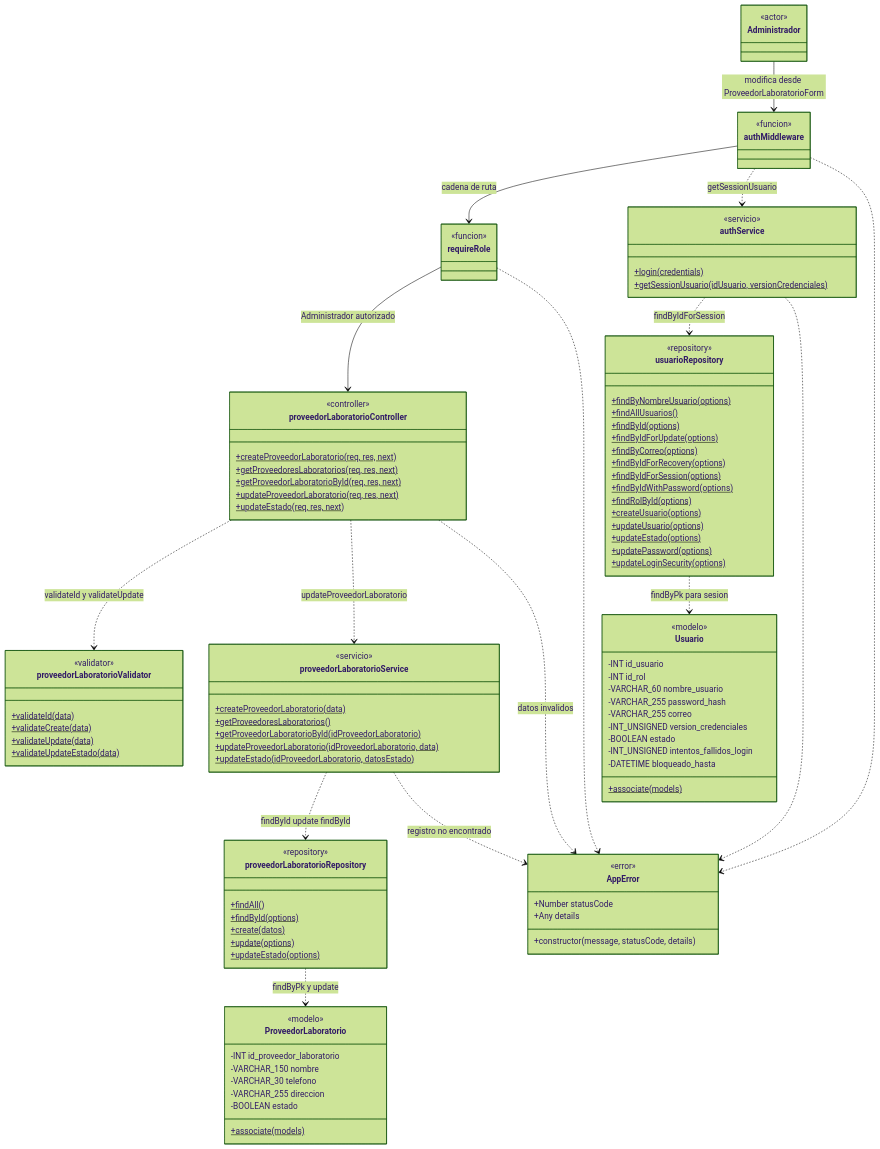
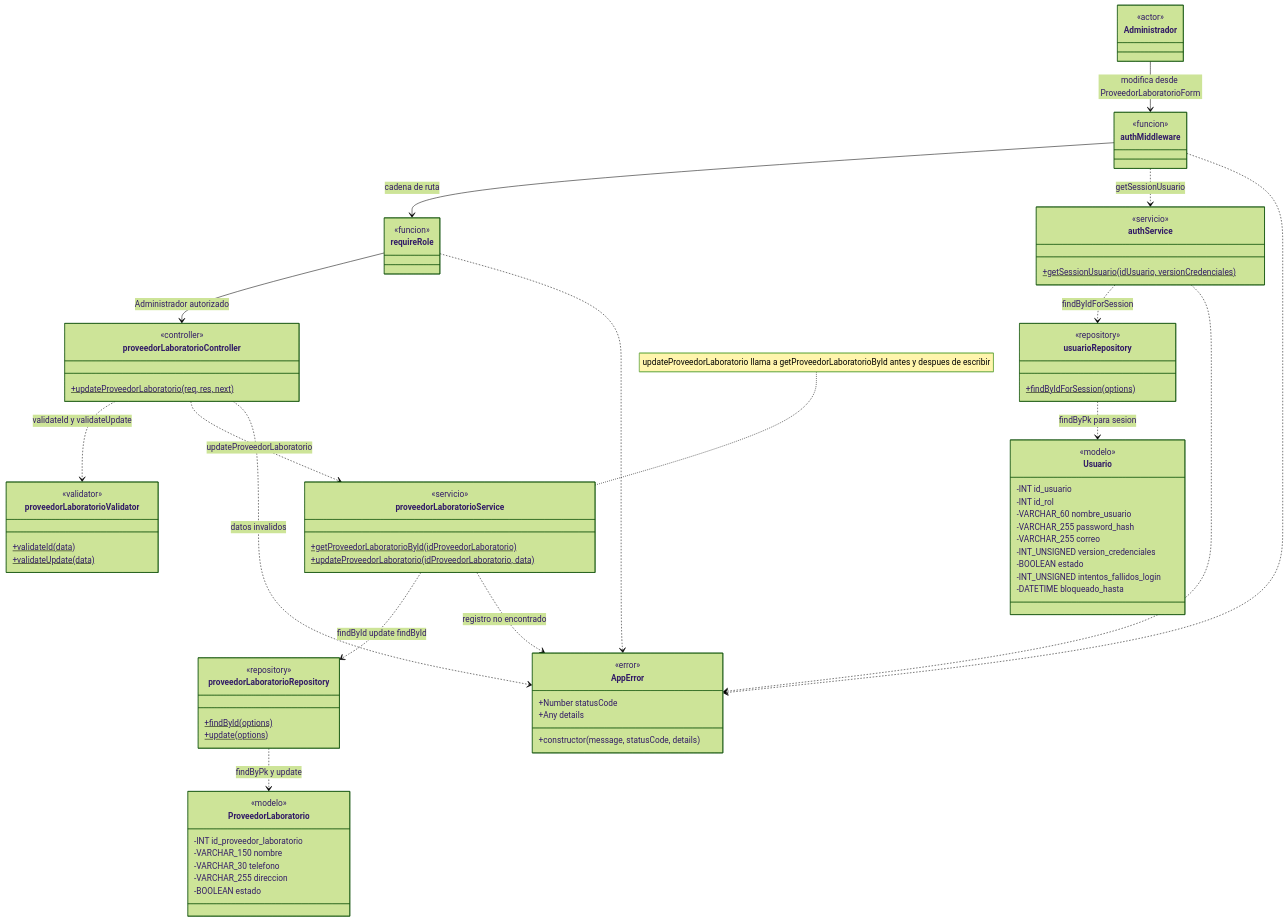
Before and after one commit to CreepyBowDev/cadefar-inventory-system: diagram 13 of 34 in docs/ai/analisis-clase.md, drawn with Mermaid (forest theme). The commit also changed other lines of this file, not shown here.

````diff
--- a/docs/ai/analisis-clase.md
+++ b/docs/ai/analisis-clase.md
@@ -1704,34 +1492,22 @@
     class requireRole { <<funcion>> }
     class proveedorLaboratorioController {
         <<controller>>
-        +createProveedorLaboratorio(req, res, next)$
-        +getProveedoresLaboratorios(req, res, next)$
-        +getProveedorLaboratorioById(req, res, next)$
         +updateProveedorLaboratorio(req, res, next)$
-        +updateEstado(req, res, next)$
     }
     class proveedorLaboratorioValidator {
         <<validator>>
         +validateId(data)$
-        +validateCreate(data)$
         +validateUpdate(data)$
-        +validateUpdateEstado(data)$
     }
     class proveedorLaboratorioService {
         <<servicio>>
-        +createProveedorLaboratorio(data)$
-        +getProveedoresLaboratorios()$
         +getProveedorLaboratorioById(idProveedorLaboratorio)$
         +updateProveedorLaboratorio(idProveedorLaboratorio, data)$
-        +updateEstado(idProveedorLaboratorio, datosEstado)$
     }
     class proveedorLaboratorioRepository {
         <<repository>>
-        +findAll()$
         +findById(options)$
-        +create(datos)$
         +update(options)$
-        +updateEstado(options)$
     }
     class ProveedorLaboratorio {
         <<modelo>>
@@ -1740,29 +1516,14 @@
         -VARCHAR_30 telefono
         -VARCHAR_255 direccion
         -BOOLEAN estado
-        +associate(models)$
     }
     class authService {
         <<servicio>>
-        +login(credentials)$
         +getSessionUsuario(idUsuario, versionCredenciales)$
     }
     class usuarioRepository {
         <<repository>>
-        +findByNombreUsuario(options)$
-        +findAllUsuarios()$
-        +findById(options)$
-        +findByIdForUpdate(options)$
-        +findByCorreo(options)$
-        +findByIdForRecovery(options)$
         +findByIdForSession(options)$
-        +findByIdWithPassword(options)$
-        +findRolById(options)$
-        +createUsuario(options)$
-        +updateUsuario(options)$
-        +updateEstado(options)$
-        +updatePassword(options)$
-        +updateLoginSecurity(options)$
     }
     class Usuario {
         <<modelo>>
@@ -1775,7 +1536,6 @@
         -BOOLEAN estado
         -INT_UNSIGNED intentos_fallidos_login
         -DATETIME bloqueado_hasta
-        +associate(models)$
     }
     class AppError {
         <<error>>
@@ -1798,4 +1558,5 @@
     proveedorLaboratorioService ..> proveedorLaboratorioRepository : findById update findById
     proveedorLaboratorioService ..> AppError : registro no encontrado
     proveedorLaboratorioRepository ..> ProveedorLaboratorio : findByPk y update
+    note for proveedorLaboratorioService "updateProveedorLaboratorio llama a getProveedorLaboratorioById antes y despues de escribir"
 ```
````
